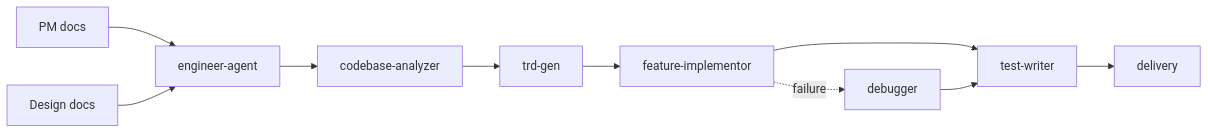
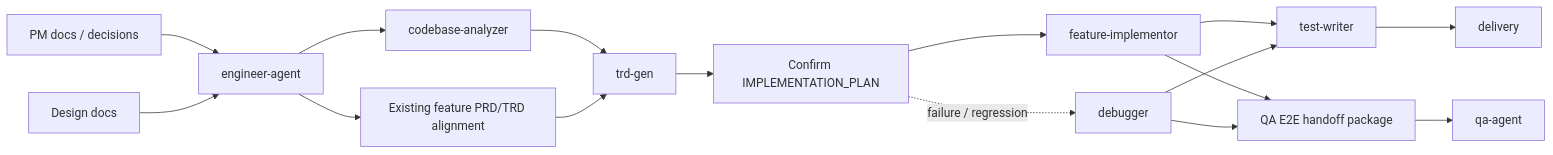
Before and after one commit to Neplich/dev-agent-skills: the diagram in agents/engineer/README.md, drawn with Mermaid. The commit also changed 5 other files, not shown here.

````diff
--- a/agents/engineer/README.md
+++ b/agents/engineer/README.md
@@ -48,12 +48,18 @@
 ```mermaid
 flowchart LR
-    PM["PM docs"] --> Engineer["engineer-agent"]
+    PM["PM docs / decisions"] --> Engineer["engineer-agent"]
     Design["Design docs"] --> Engineer
     Engineer --> Analyze["codebase-analyzer"]
+    Engineer --> Align["Existing feature PRD/TRD alignment"]
     Analyze --> TRD["trd-gen"]
-    TRD --> Implement["feature-implementor"]
+    Align --> TRD
+    TRD --> Plan["Confirm IMPLEMENTATION_PLAN"]
+    Plan --> Implement["feature-implementor"]
+    Plan -. "failure / regression" .-> Debug["debugger"]
     Implement --> Test["test-writer"]
+    Debug --> Test
+    Implement --> QAHandOff["QA E2E handoff package"]
+    Debug --> QAHandOff
+    QAHandOff --> QA["qa-agent"]
     Test --> Delivery["delivery"]
-    Implement -. failure .-> Debug["debugger"]
-    Debug --> Test
 ```
````
